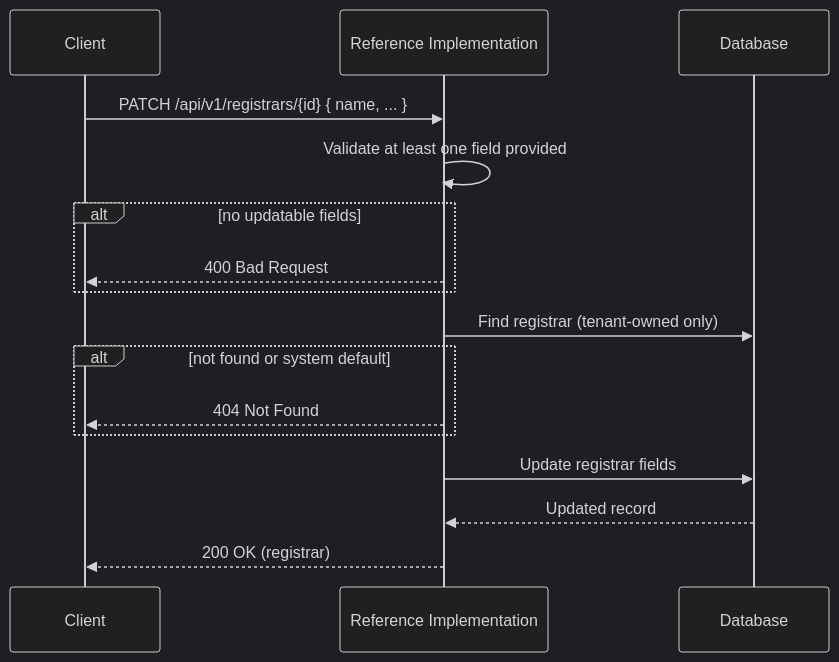
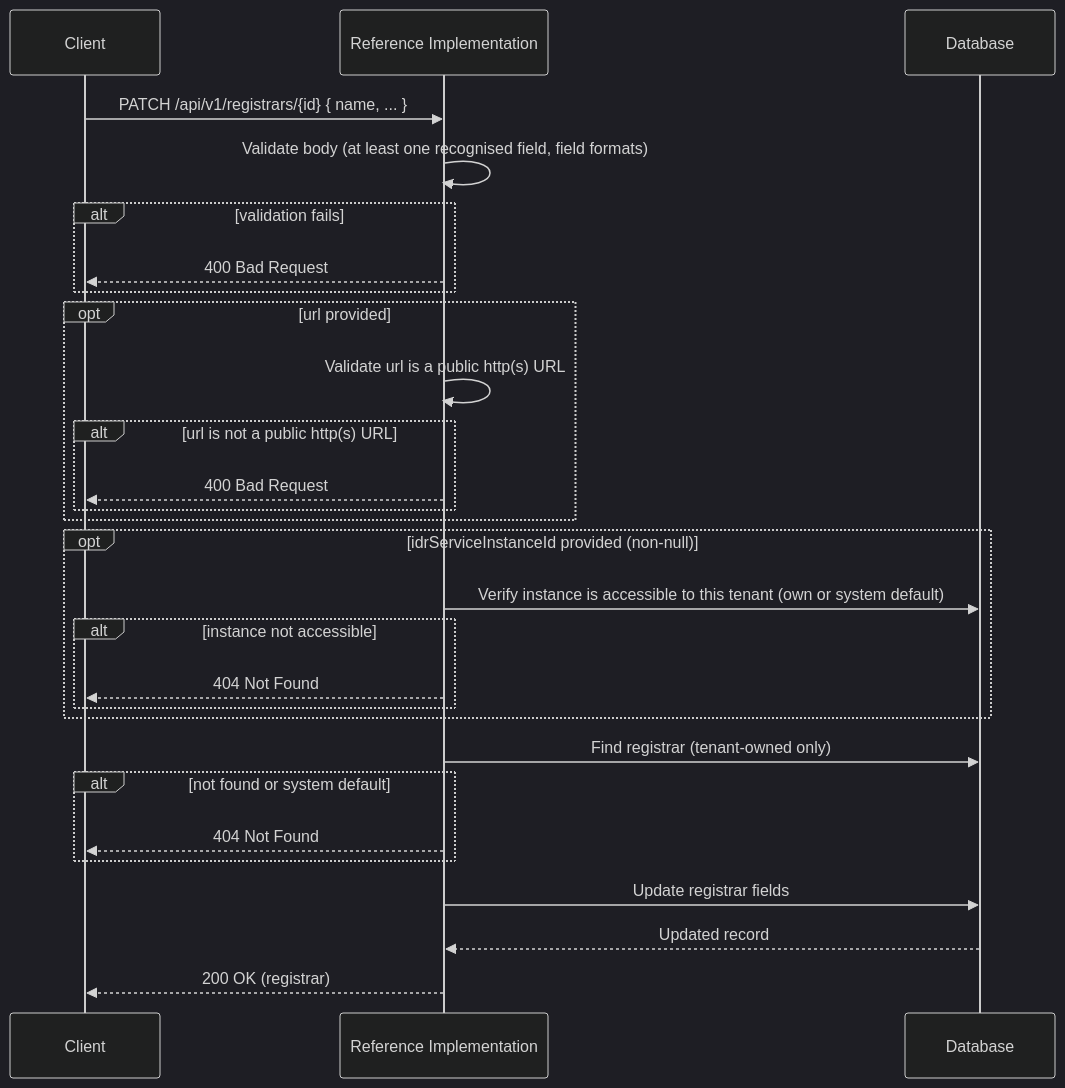
One commit to uncefact/tests-untp changed the third of 4 diagrams in documentation/docs/reference-implementation/api/registrars.md. Above: the diagram before and after it, drawn with Mermaid (dark theme). The commit also changed other lines of this file and 27 other files, not shown here.

````diff
--- a/documentation/docs/reference-implementation/api/registrars.md
+++ b/documentation/docs/reference-implementation/api/registrars.md
@@ -131,19 +141,31 @@
 ```mermaid
 sequenceDiagram
     participant Client
     participant RI as Reference Implementation
     participant DB as Database
 
     Client->>RI: PATCH /api/v1/registrars/{id} { name, ... }
-    RI->>RI: Validate at least one field provided
-    alt no updatable fields
+    RI->>RI: Validate body (at least one recognised field, field formats)
+    alt validation fails
         RI-->>Client: 400 Bad Request
+    end
+    opt url provided
+        RI->>RI: Validate url is a public http(s) URL
+        alt url is not a public http(s) URL
+            RI-->>Client: 400 Bad Request
+        end
+    end
+    opt idrServiceInstanceId provided (non-null)
+        RI->>DB: Verify instance is accessible to this tenant (own or system default)
+        alt instance not accessible
+            RI-->>Client: 404 Not Found
+        end
     end
     RI->>DB: Find registrar (tenant-owned only)
     alt not found or system default
         RI-->>Client: 404 Not Found
     end
     RI->>DB: Update registrar fields
     DB-->>RI: Updated record
     RI-->>Client: 200 OK (registrar)
 ```
````
